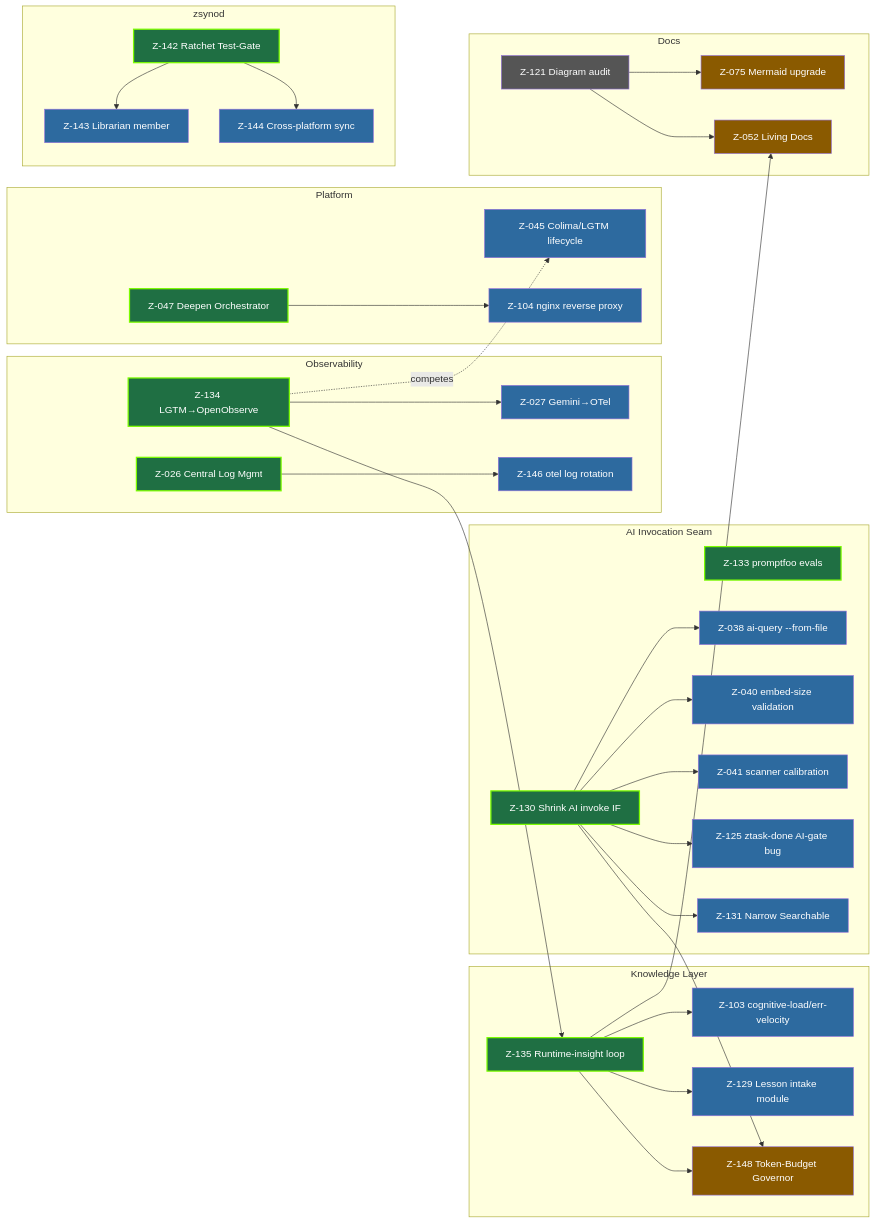
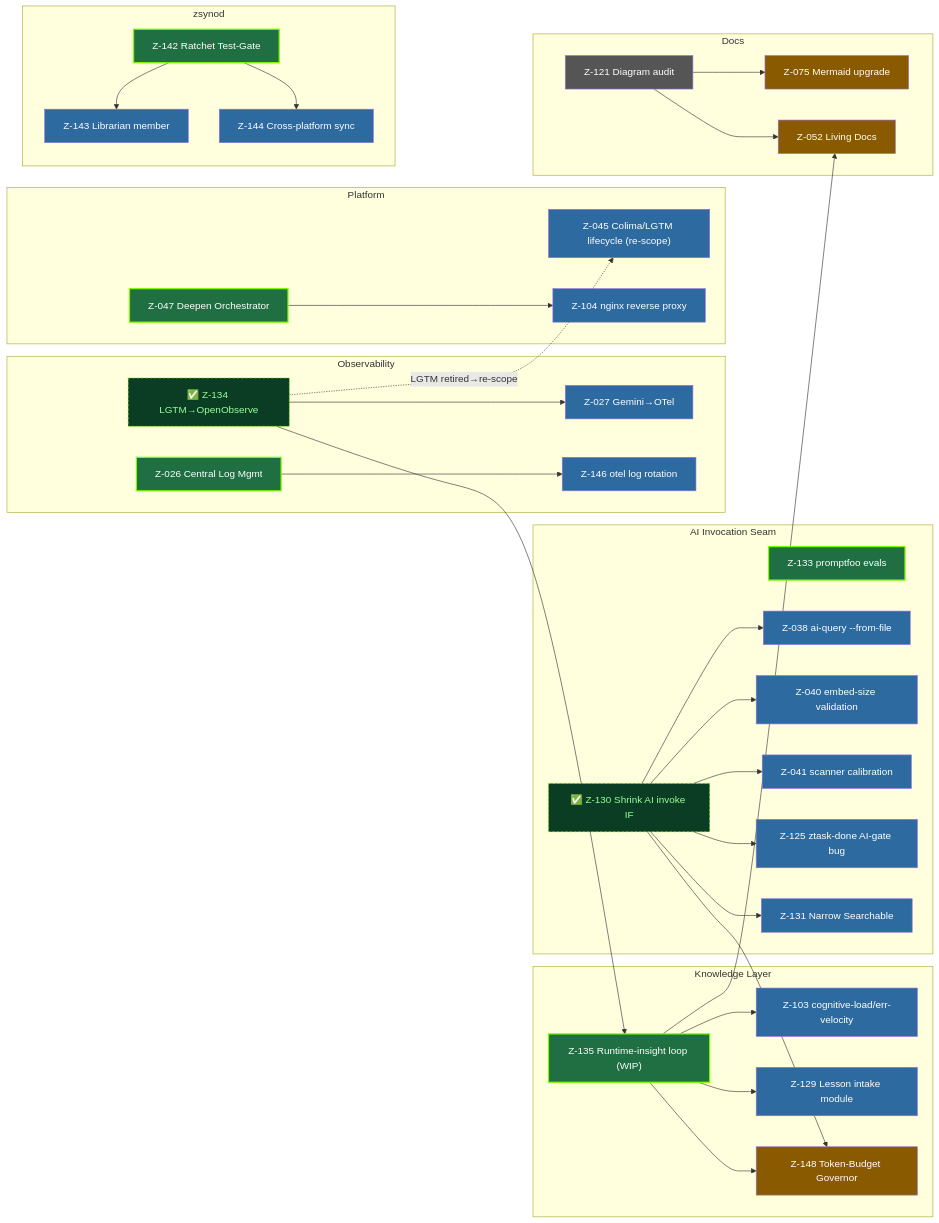
Before and after one commit to just3ws/zdots: the diagram in backlog/docs/analysis/dependency-graph/doc-003 - Backlog-Dependency-Graph-Leverage-Waves.md, drawn with Mermaid. The commit also changed other lines of this file and 1 other file, not shown here.

First line of the commit message:
docs(backlog): close Z-138 board + refresh dependency graph (doc-003)

````diff
--- a/backlog/docs/analysis/dependency-graph/doc-003 - Backlog-Dependency-Graph-Leverage-Waves.md
+++ b/backlog/docs/analysis/dependency-graph/doc-003 - Backlog-Dependency-Graph-Leverage-Waves.md
@@ -35,63 +55,64 @@
 ```mermaid
 graph LR
+  classDef done fill:#0b3d24,color:#9f9,stroke:#7CFC00,stroke-dasharray:4 3;
   classDef w1 fill:#1f6f43,color:#fff,stroke:#7CFC00,stroke-width:2px;
   classDef w2 fill:#2d6a9f,color:#fff;
   classDef w3 fill:#8a5a00,color:#fff;
   classDef w4 fill:#555,color:#fff;
 
   subgraph OBS[Observability]
-    Z134["Z-134 LGTM→OpenObserve"]:::w1
+    Z134["✅ Z-134 LGTM→OpenObserve"]:::done
     Z026["Z-026 Central Log Mgmt"]:::w1
     Z027["Z-027 Gemini→OTel"]:::w2
     Z146["Z-146 otel log rotation"]:::w2
   end
   subgraph KNOW[Knowledge Layer]
-    Z135["Z-135 Runtime-insight loop"]:::w1
+    Z135["Z-135 Runtime-insight loop (WIP)"]:::w1
     Z103["Z-103 cognitive-load/err-velocity"]:::w2
     Z129["Z-129 Lesson intake module"]:::w2
     Z148["Z-148 Token-Budget Governor"]:::w3
   end
   subgraph AI[AI Invocation Seam]
-    Z130["Z-130 Shrink AI invoke IF"]:::w1
+    Z130["✅ Z-130 Shrink AI invoke IF"]:::done
     Z133["Z-133 promptfoo evals"]:::w1
     Z038["Z-038 ai-query --from-file"]:::w2
     Z040["Z-040 embed-size validation"]:::w2
     Z041["Z-041 scanner calibration"]:::w2
     Z125["Z-125 ztask-done AI-gate bug"]:::w2
     Z131["Z-131 Narrow Searchable"]:::w2
   end
   subgraph PLAT[Platform]
     Z047["Z-047 Deepen Orchestrator"]:::w1
-    Z045["Z-045 Colima/LGTM lifecycle"]:::w2
+    Z045["Z-045 Colima/LGTM lifecycle (re-scope)"]:::w2
     Z104["Z-104 nginx reverse proxy"]:::w2
   end
   subgraph SYN[zsynod]
     Z142["Z-142 Ratchet Test-Gate"]:::w1
     Z143["Z-143 Librarian member"]:::w2
     Z144["Z-144 Cross-platform sync"]:::w2
   end
   subgraph DOCS[Docs]
     Z121["Z-121 Diagram audit"]:::w4
     Z075["Z-075 Mermaid upgrade"]:::w3
     Z052["Z-052 Living Docs"]:::w3
   end
 
   Z134 --> Z135 --> Z148
   Z134 --> Z027
-  Z134 -.competes.-> Z045
+  Z134 -.LGTM retired→re-scope.-> Z045
   Z135 --> Z103
   Z135 --> Z129
   Z135 --> Z052
   Z130 --> Z038
   Z130 --> Z040
   Z130 --> Z041
   Z130 --> Z125
   Z130 --> Z131
   Z130 --> Z148
   Z026 --> Z146
   Z047 --> Z104
   Z142 --> Z143
   Z142 --> Z144
   Z121 --> Z052
   Z121 --> Z075
 ```
````
